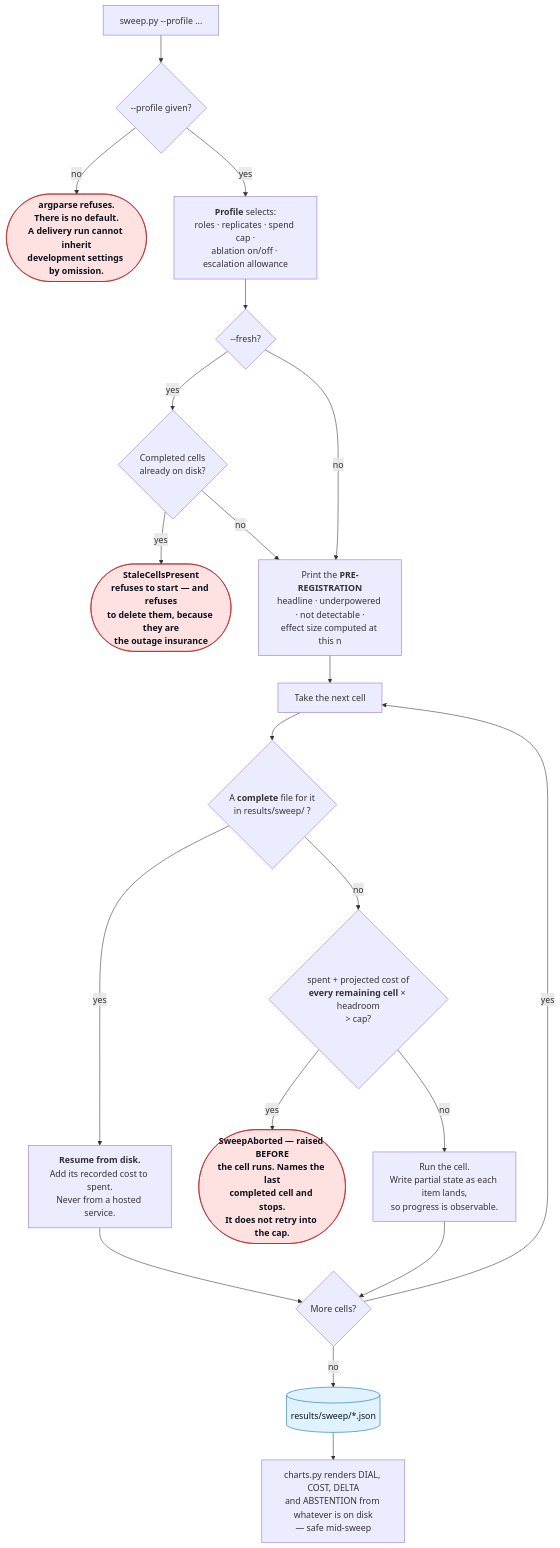
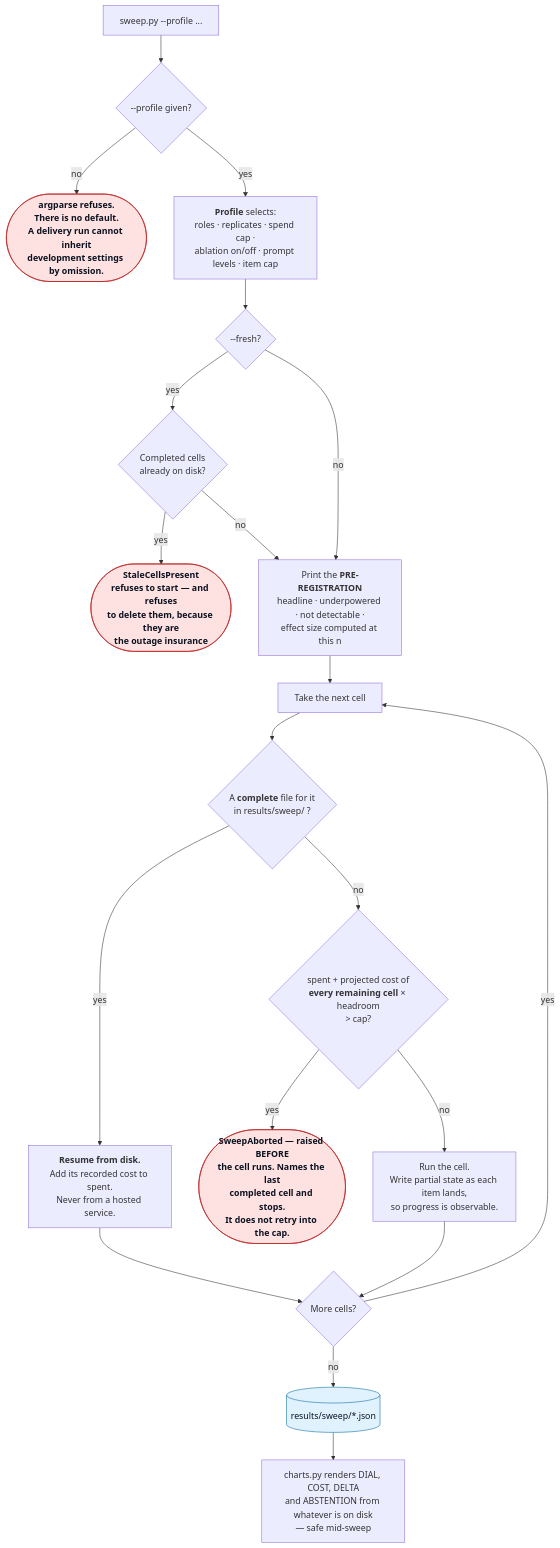
One commit to ANI-IN/loop-engineering changed the diagram in demos/04_hill_climbing_loop/README.md. Above: the diagram before and after it, drawn with Mermaid. The commit also changed 6 other files, not shown here.

First line of the commit message:
docs: correct four stale diagrams and give the two biggest ones prose

````diff
--- a/demos/04_hill_climbing_loop/README.md
+++ b/demos/04_hill_climbing_loop/README.md
@@ -35,29 +35,29 @@
 ```mermaid
 flowchart TD
     START["sweep.py --profile ..."] --> REQ{"--profile given?"}
     REQ -->|no| NODEF(["argparse refuses.<br/><b>There is no default.</b><br/>A delivery run cannot inherit<br/>development settings by omission."])
-    REQ -->|yes| PROF["<b>Profile</b> selects:<br/>roles · replicates · spend cap ·<br/>ablation on/off · escalation allowance"]
+    REQ -->|yes| PROF["<b>Profile</b> selects:<br/>roles · replicates · spend cap ·<br/>ablation on/off · prompt levels · item cap"]
 
     PROF --> FRESH{"--fresh?"}
     FRESH -->|yes| STALE{"Completed cells<br/>already on disk?"}
     STALE -->|yes| REFUSE(["<b>StaleCellsPresent</b><br/>refuses to start — and refuses<br/>to delete them, because they are<br/>the outage insurance"])
     STALE -->|no| PRE
     FRESH -->|no| PRE["Print the <b>PRE-REGISTRATION</b><br/>headline · underpowered · not detectable ·<br/>effect size computed at this n"]
 
     PRE --> CELL["Take the next cell"]
     CELL --> DISK{"A <b>complete</b> file for it<br/>in results/sweep/ ?"}
     DISK -->|yes| RESUME["<b>Resume from disk.</b><br/>Add its recorded cost to spent.<br/>Never from a hosted service."]
     RESUME --> MORE
     DISK -->|no| PROJ{"spent + projected cost of<br/><b>every remaining cell</b> × headroom<br/>&gt; cap?"}
     PROJ -->|yes| ABORT(["<b>SweepAborted</b> — raised BEFORE<br/>the cell runs. Names the last<br/>completed cell and stops.<br/>It does not retry into the cap."])
     PROJ -->|no| RUN["Run the cell.<br/>Write partial state as each item lands,<br/>so progress is observable."]
     RUN --> MORE{"More cells?"}
     MORE -->|yes| CELL
     MORE -->|no| OUT[("results/sweep/*.json")]
     OUT --> CHARTS["charts.py renders DIAL, COST, DELTA<br/>and ABSTENTION from whatever is on disk<br/>— safe mid-sweep"]
 
     classDef refuse fill:#fee2e2,stroke:#b91c1c,color:#0b1220,font-weight:bold;
     classDef store fill:#e0f2fe,stroke:#0369a1,color:#0b1220;
     class NODEF,REFUSE,ABORT refuse;
     class OUT store;
 ```
````
